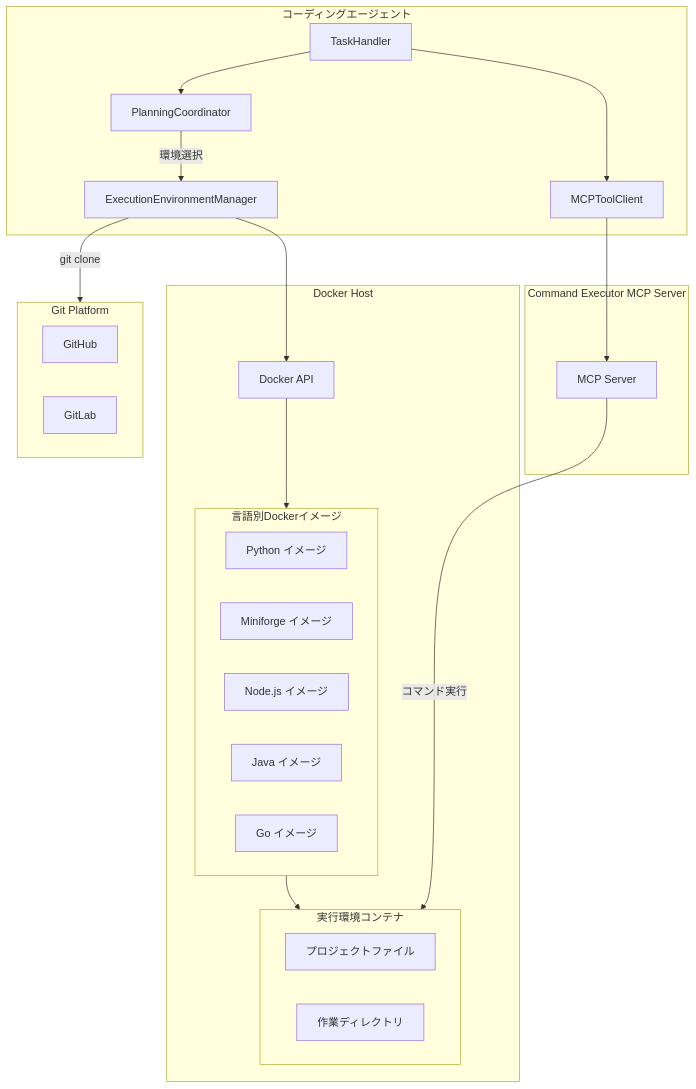
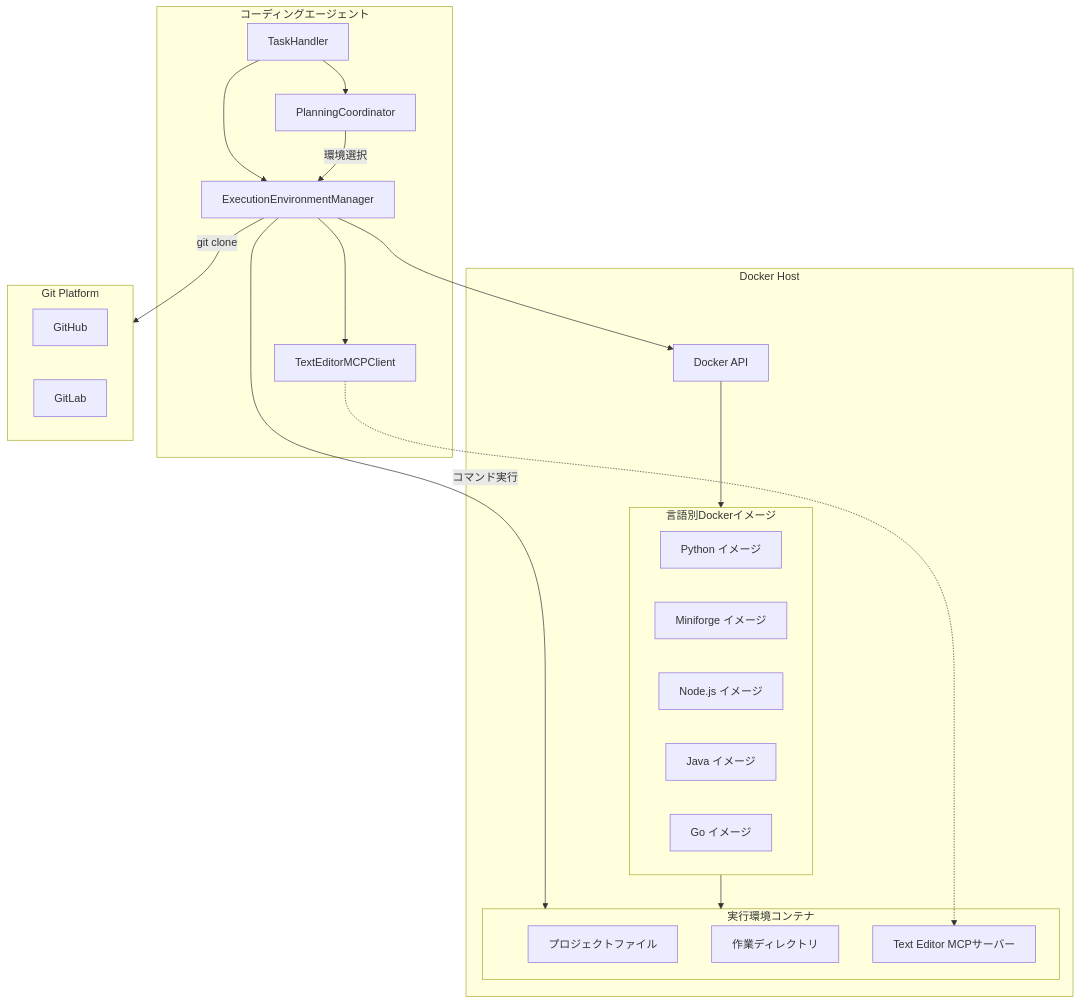
One commit to notfolder/coding_agent changed the first of 11 diagrams in docs/spec/COMMAND_EXECUTOR_MCP_SPECIFICATION.md. Above: the diagram before and after it, drawn with Mermaid. The commit also changed other lines of this file and 19 other files, not shown here.

````diff
--- a/docs/spec/COMMAND_EXECUTOR_MCP_SPECIFICATION.md
+++ b/docs/spec/COMMAND_EXECUTOR_MCP_SPECIFICATION.md
@@ -42,43 +51,41 @@
 ```mermaid
 flowchart TD
     subgraph CodingAgent[コーディングエージェント]
         TaskHandler[TaskHandler]
         PlanningCoordinator[PlanningCoordinator]
-        MCPClient[MCPToolClient]
-        ExecutionManager[ExecutionEnvironmentManager]
-    end
-    
-    subgraph CommandExecutor[Command Executor MCP Server]
-        CommandMCP[MCP Server]
+        ExecManager[ExecutionEnvironmentManager]
+        TextEditorClient[TextEditorMCPClient]
     end
     
     subgraph DockerHost[Docker Host]
         DockerAPI[Docker API]
         subgraph DockerImages[言語別Dockerイメージ]
             ImgPython[Python イメージ]
             ImgMiniforge[Miniforge イメージ]
             ImgNode[Node.js イメージ]
             ImgJava[Java イメージ]
             ImgGo[Go イメージ]
         end
         subgraph ExecutionContainer[実行環境コンテナ]
             ProjectFiles[プロジェクトファイル]
             WorkDir[作業ディレクトリ]
+            TextEditorMCP[Text Editor MCPサーバー]
         end
     end
     
     subgraph GitPlatform[Git Platform]
         GitHub[GitHub]
         GitLab[GitLab]
     end
     
     TaskHandler --> PlanningCoordinator
-    PlanningCoordinator -->|環境選択| ExecutionManager
-    TaskHandler --> MCPClient
-    MCPClient --> CommandMCP
-    ExecutionManager --> DockerAPI
+    PlanningCoordinator -->|環境選択| ExecManager
+    TaskHandler --> ExecManager
+    ExecManager --> DockerAPI
+    ExecManager --> TextEditorClient
+    TextEditorClient -.-> TextEditorMCP
     DockerAPI --> DockerImages
     DockerImages --> ExecutionContainer
-    ExecutionManager -->|git clone| GitPlatform
-    CommandMCP -->|コマンド実行| ExecutionContainer
+    ExecManager -->|git clone| GitPlatform
+    ExecManager -->|コマンド実行| ExecutionContainer
 ```
````
